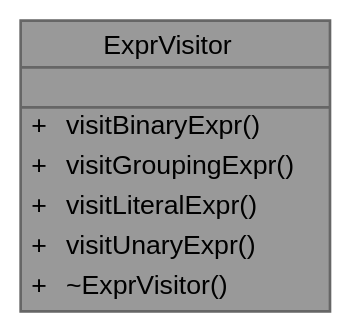
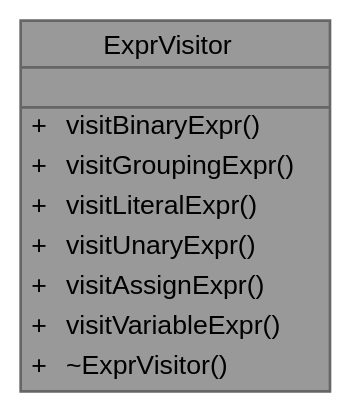
One commit to helcsnewsxd/gsc-interpreter changed the diagram in classExprVisitor__coll__graph.dot. Above: the diagram before and after it, drawn with Graphviz. The commit also changed 234 other files, not shown here.

```diff
--- a/classExprVisitor__coll__graph.dot
+++ b/classExprVisitor__coll__graph.dot
@@ -1,18 +1,20 @@
 digraph "ExprVisitor"
 {
  // LATEX_PDF_SIZE
   bgcolor="transparent";
   edge [fontname=Helvetica,fontsize=10,labelfontname=Helvetica,labelfontsize=10];
   node [fontname=Helvetica,fontsize=10,shape=box,height=0.2,width=0.4];
   Node1 [id="Node000001",shape=plain,label=<<TABLE CELLBORDER="0" BORDER="1"><TR><TD COLSPAN="2" CELLPADDING="1" CELLSPACING="0">ExprVisitor</TD></TR>
 <HR/>
 <TR><TD COLSPAN="2" CELLPADDING="1" CELLSPACING="0">&nbsp;</TD></TR>
 <HR/>
 <TR><TD VALIGN="top" CELLPADDING="1" CELLSPACING="0">+</TD><TD VALIGN="top" ALIGN="LEFT" CELLPADDING="1" CELLSPACING="0">visitBinaryExpr()<BR ALIGN="LEFT"/></TD></TR>
 <TR><TD VALIGN="top" CELLPADDING="1" CELLSPACING="0">+</TD><TD VALIGN="top" ALIGN="LEFT" CELLPADDING="1" CELLSPACING="0">visitGroupingExpr()<BR ALIGN="LEFT"/></TD></TR>
 <TR><TD VALIGN="top" CELLPADDING="1" CELLSPACING="0">+</TD><TD VALIGN="top" ALIGN="LEFT" CELLPADDING="1" CELLSPACING="0">visitLiteralExpr()<BR ALIGN="LEFT"/></TD></TR>
 <TR><TD VALIGN="top" CELLPADDING="1" CELLSPACING="0">+</TD><TD VALIGN="top" ALIGN="LEFT" CELLPADDING="1" CELLSPACING="0">visitUnaryExpr()<BR ALIGN="LEFT"/></TD></TR>
+<TR><TD VALIGN="top" CELLPADDING="1" CELLSPACING="0">+</TD><TD VALIGN="top" ALIGN="LEFT" CELLPADDING="1" CELLSPACING="0">visitAssignExpr()<BR ALIGN="LEFT"/></TD></TR>
+<TR><TD VALIGN="top" CELLPADDING="1" CELLSPACING="0">+</TD><TD VALIGN="top" ALIGN="LEFT" CELLPADDING="1" CELLSPACING="0">visitVariableExpr()<BR ALIGN="LEFT"/></TD></TR>
 <TR><TD VALIGN="top" CELLPADDING="1" CELLSPACING="0">+</TD><TD VALIGN="top" ALIGN="LEFT" CELLPADDING="1" CELLSPACING="0">~ExprVisitor()<BR ALIGN="LEFT"/></TD></TR>
 </TABLE>>
 ,height=0.2,width=0.4,color="gray40", fillcolor="grey60", style="filled", fontcolor="black",tooltip="Abstract base class for expression visitors."];
 }
```
